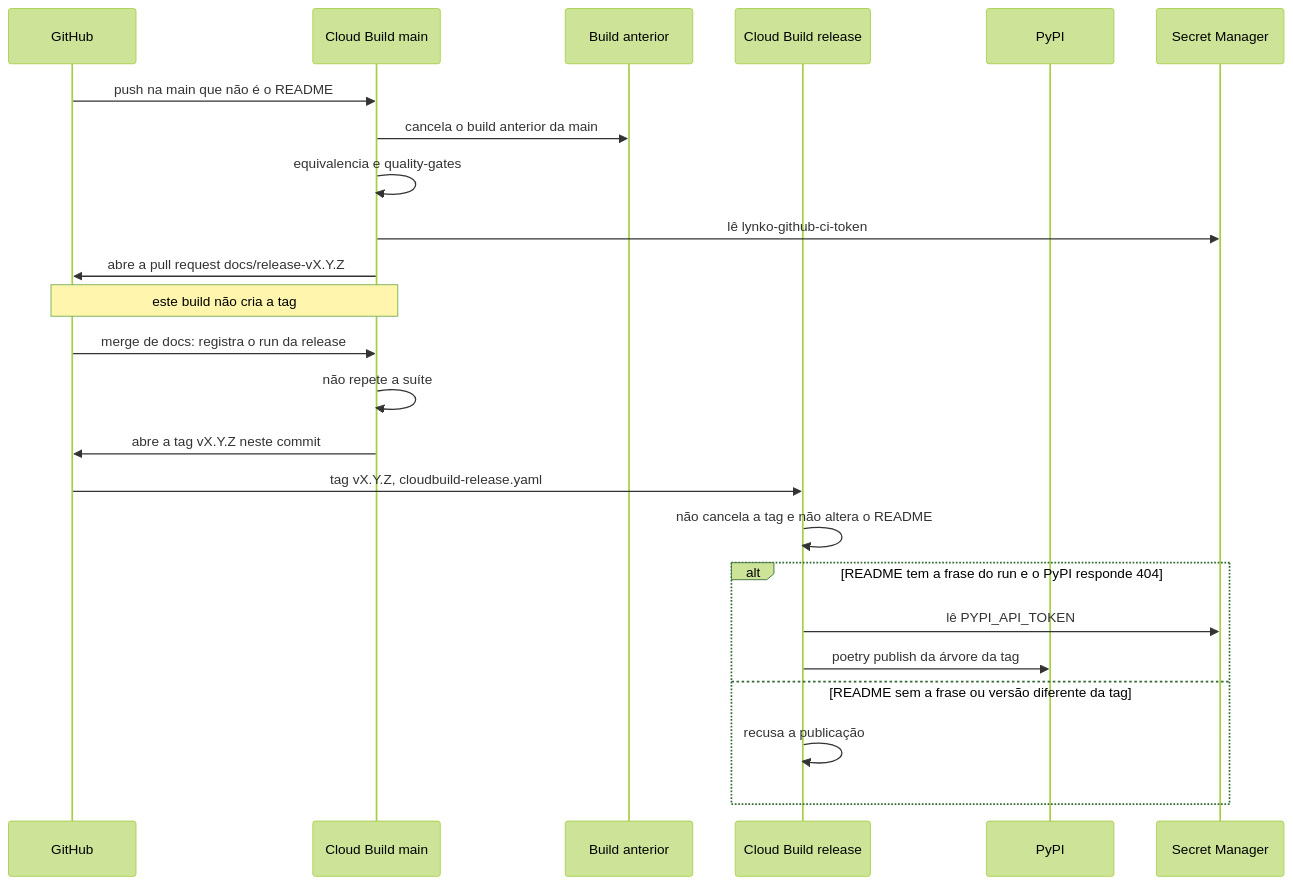
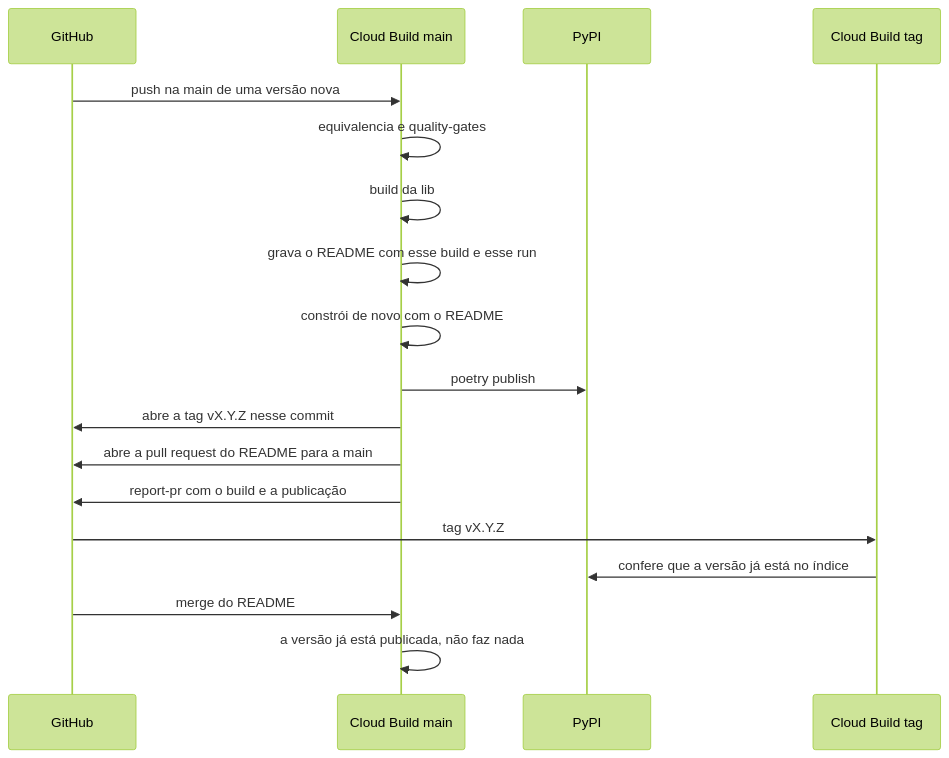
Before and after one commit to garusocruz/calculadora-rtc-simples-nacional: the second of 3 diagrams in docs/publicacao-flow.md, drawn with Mermaid (forest theme). The commit also changed other lines of this file and 14 other files, not shown here.

Commit message:
fix: a tag e o PyPI saem do mesmo run do quality gate

````diff
--- a/docs/publicacao-flow.md
+++ b/docs/publicacao-flow.md
@@ -38,26 +34,20 @@
 ```mermaid
 sequenceDiagram
   participant GH as GitHub
   participant Main as Cloud Build main
-  participant Old as Build anterior
-  participant Rel as Cloud Build release
   participant Py as PyPI
-  participant SM as Secret Manager
-  GH->>Main: push na main que não é o README
-  Main->>Old: cancela o build anterior da main
+  participant Tag as Cloud Build tag
+  GH->>Main: push na main de uma versão nova
   Main->>Main: equivalencia e quality-gates
-  Main->>SM: lê lynko-github-ci-token
-  Main->>GH: abre a pull request docs/release-vX.Y.Z
-  Note over Main,GH: este build não cria a tag
-  GH->>Main: merge de docs: registra o run da release
-  Main->>Main: não repete a suíte
-  Main->>GH: abre a tag vX.Y.Z neste commit
-  GH->>Rel: tag vX.Y.Z, cloudbuild-release.yaml
-  Rel->>Rel: não cancela a tag e não altera o README
-  alt README tem a frase do run e o PyPI responde 404
-    Rel->>SM: lê PYPI_API_TOKEN
-    Rel->>Py: poetry publish da árvore da tag
-  else README sem a frase ou versão diferente da tag
-    Rel->>Rel: recusa a publicação
-  end
+  Main->>Main: build da lib
+  Main->>Main: grava o README com esse build e esse run
+  Main->>Main: constrói de novo com o README
+  Main->>Py: poetry publish
+  Main->>GH: abre a tag vX.Y.Z nesse commit
+  Main->>GH: abre a pull request do README para a main
+  Main->>GH: report-pr com o build e a publicação
+  GH->>Tag: tag vX.Y.Z
+  Tag->>Py: confere que a versão já está no índice
+  GH->>Main: merge do README
+  Main->>Main: a versão já está publicada, não faz nada
 ```
````
